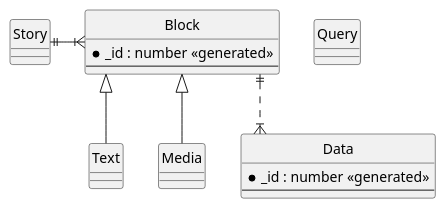
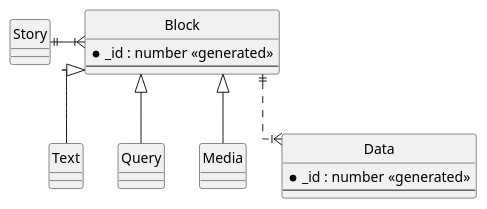
The diagram in spec/schema/model.plantuml (CLARIAH/data-stories), drawn with PlantUML before and after one commit.

```diff
--- a/spec/schema/model.plantuml
+++ b/spec/schema/model.plantuml
@@ -1,31 +1,32 @@
 @startuml
 
 ' hide the spot
 hide circle
 
 ' avoid problems with angled crows feet
 skinparam linetype ortho
 
 entity "Story" as s {
  }
 
 entity "Block" as b {
   *_id : number <<generated>>
   --
 }
 
 entity "Text" as t {}
 entity "Query" as q {}
 entity "Media" as m {}
 
 entity "Data" as d {
   *_id : number <<generated>>
   --
  }
 
 s ||-|{ b
 b ||..|{ d
 b <|-- t
+b <|-- q
 b <|-- m
 
 @enduml
```
